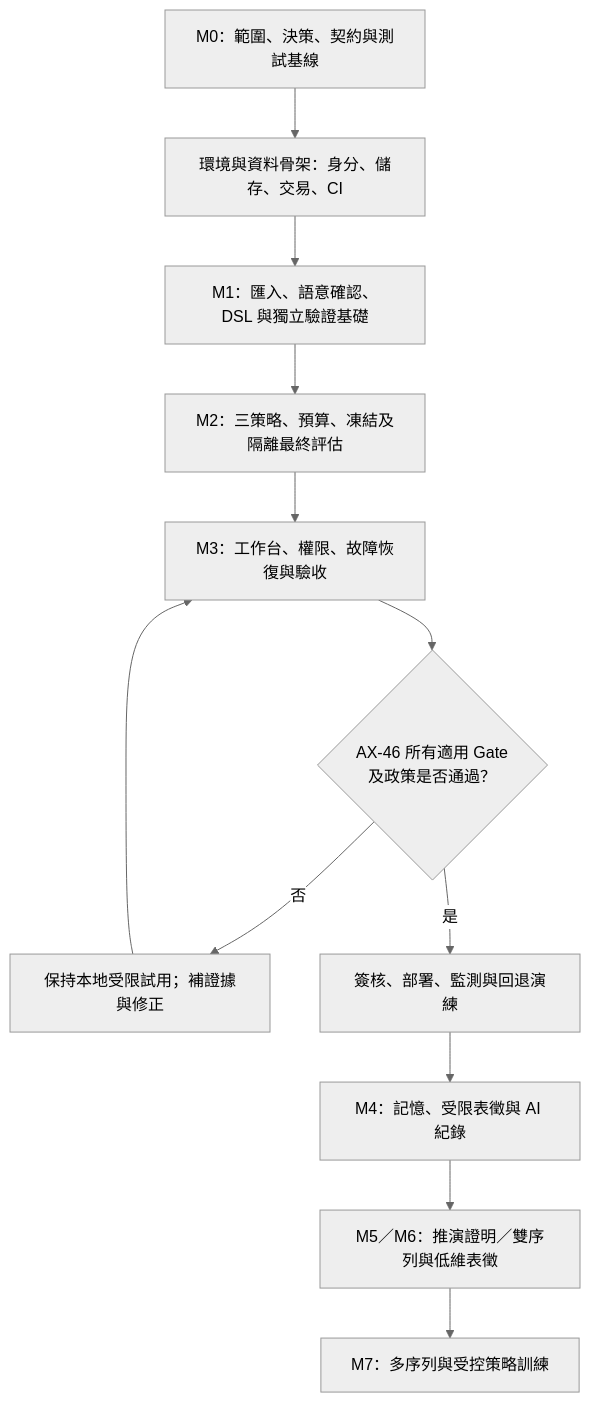
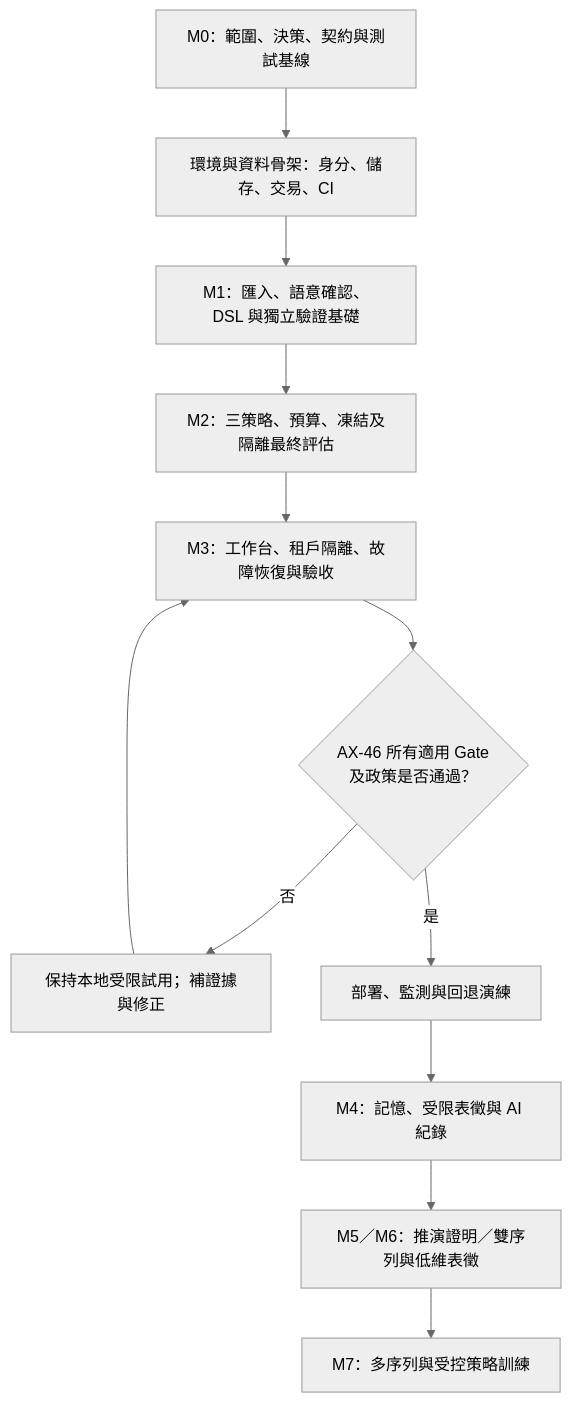
One commit to lovenovel0618/AXIOM changed the diagram in docs/企劃案/11-交付/31-工作拆解WBS與依賴.md. Above: the diagram before and after it, drawn with Mermaid (neutral theme). The commit also changed other lines of this file and 137 other files, not shown here.

````diff
--- a/docs/企劃案/11-交付/31-工作拆解WBS與依賴.md
+++ b/docs/企劃案/11-交付/31-工作拆解WBS與依賴.md
@@ -60,19 +60,19 @@
 ```mermaid
 flowchart TB
     A["M0：範圍、決策、契約與測試基線"]
     B["環境與資料骨架：身分、儲存、交易、CI"]
     C["M1：匯入、語意確認、DSL 與獨立驗證基礎"]
     D["M2：三策略、預算、凍結及隔離最終評估"]
-    E["M3：工作台、權限、故障恢復與驗收"]
+    E["M3：工作台、租戶隔離、故障恢復與驗收"]
     F{"AX-46 所有適用 Gate\n及政策是否通過？"}
     G["保持本地受限試用；補證據與修正"]
-    H["簽核、部署、監測與回退演練"]
+    H["部署、監測與回退演練"]
     I["M4：記憶、受限表徵與 AI 紀錄"]
     J["M5／M6：推演證明／雙序列與低維表徵"]
     K["M7：多序列與受控策略訓練"]
     A --> B --> C --> D --> E --> F
     F -->|否| G
     G --> E
     F -->|是| H
     H --> I --> J --> K
 ```
````
